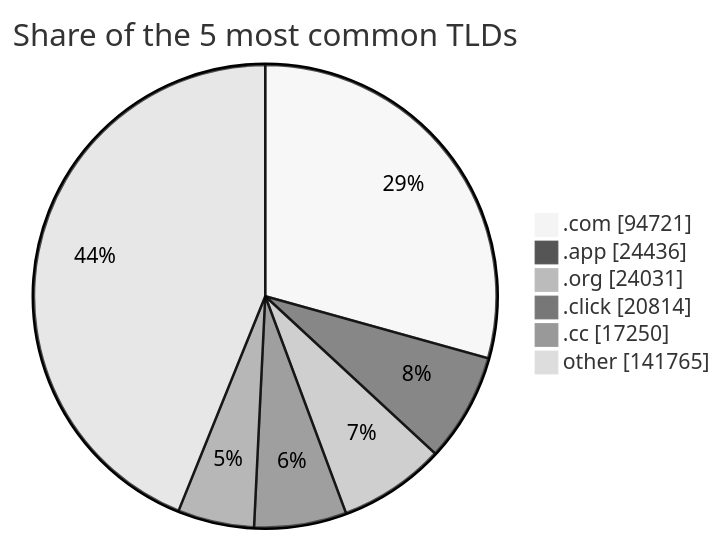
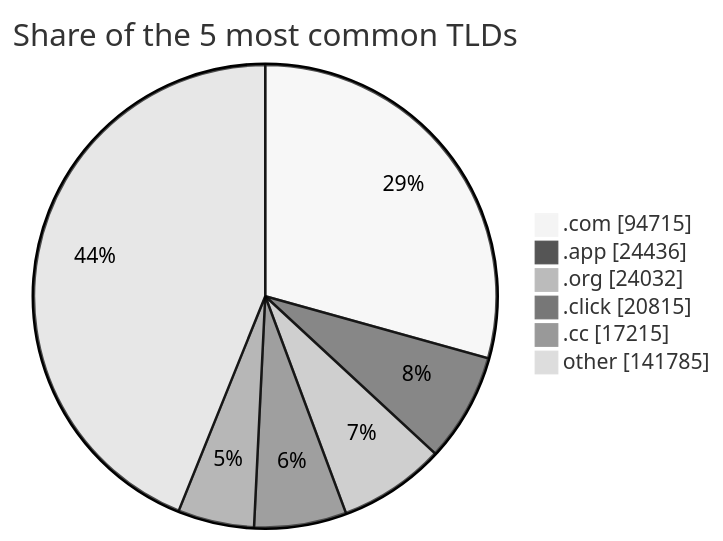
Before and after one commit to DNSBunker/CTI: the third of 3 diagrams in README.md, drawn with Mermaid (neutral theme). The commit also changed other lines of this file and 4 other files, not shown here.

````diff
--- a/README.md
+++ b/README.md
@@ -81,9 +81,9 @@
 ```mermaid
 pie showData title Share of the 5 most common TLDs
-    ".com" : 94721
+    ".com" : 94715
     ".app" : 24436
-    ".org" : 24031
-    ".click" : 20814
-    ".cc" : 17250
-    "other" : 141765
+    ".org" : 24032
+    ".click" : 20815
+    ".cc" : 17215
+    "other" : 141785
 ```
````
